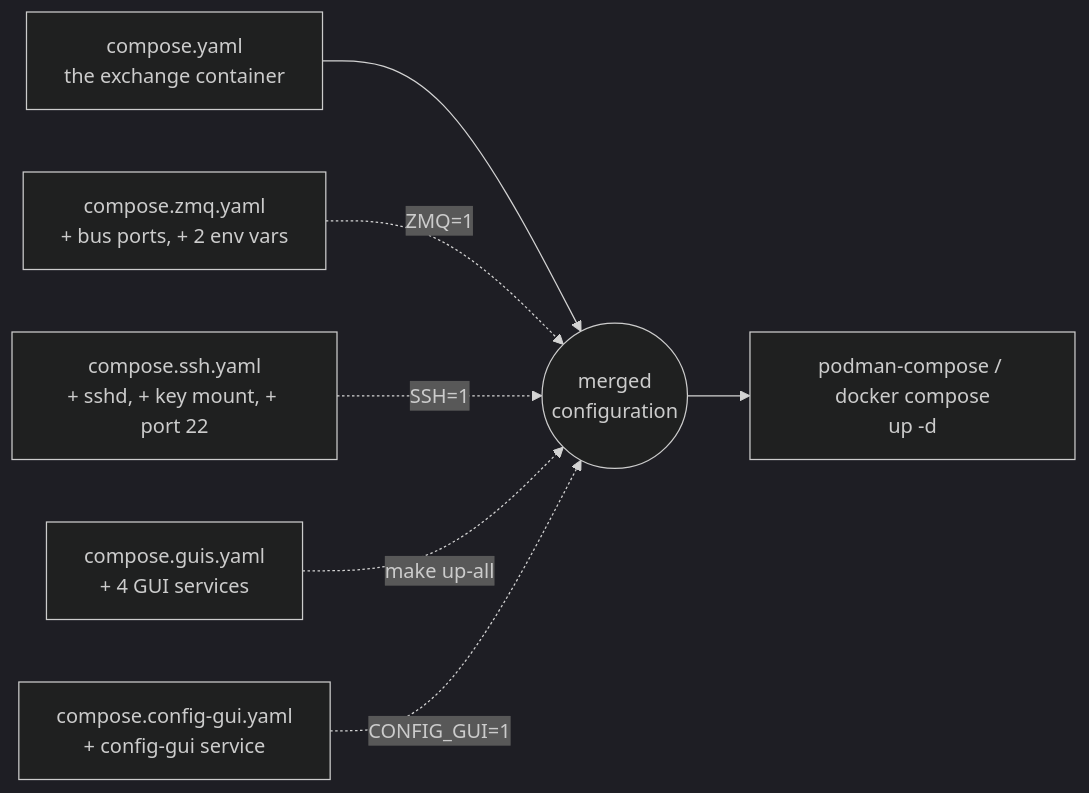
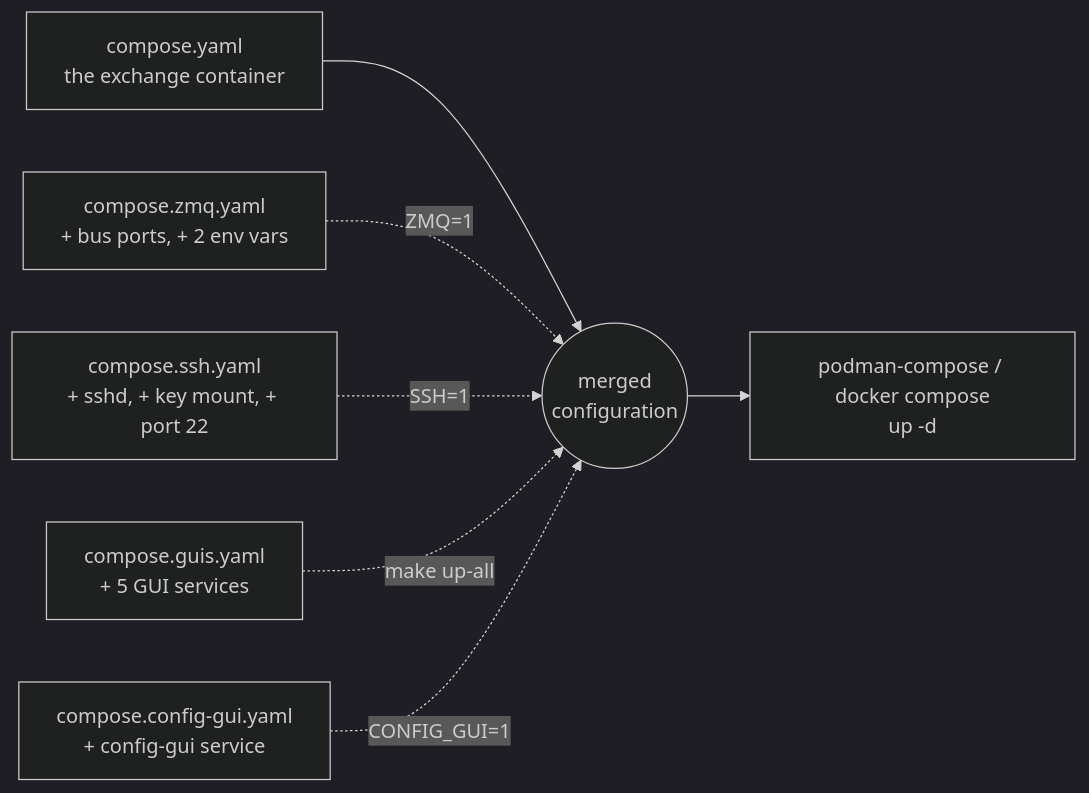
One commit to johan162/EduMatcher changed the eighth of 16 diagrams in docs/books/operator-guide/part-1-install-and-deploy/030-container-deployment-walkthrough.md. Above: the diagram before and after it, drawn with Mermaid (dark theme). The commit also changed other lines of this file and 428 other files, not shown here.

Commit message:
Added exchange health monitor pm-monitor. New operator exchange status GUI Dashboard pm-dash. Also improved all Web-application documentations with screenshots.

````diff
--- a/docs/books/operator-guide/part-1-install-and-deploy/030-container-deployment-walkthrough.md
+++ b/docs/books/operator-guide/part-1-install-and-deploy/030-container-deployment-walkthrough.md
@@ -417,9 +418,9 @@
 ```mermaid
 flowchart LR
     BASE["compose.yaml\nthe exchange container"] --> M(("merged\nconfiguration"))
     ZMQ["compose.zmq.yaml\n+ bus ports, + 2 env vars"] -.->|"ZMQ=1"| M
     SSH["compose.ssh.yaml\n+ sshd, + key mount, + port 22"] -.->|"SSH=1"| M
-    GUIS["compose.guis.yaml\n+ 4 GUI services"] -.->|"make up-all"| M
+    GUIS["compose.guis.yaml\n+ 5 GUI services"] -.->|"make up-all"| M
     CFG["compose.config-gui.yaml\n+ config-gui service"] -.->|"CONFIG_GUI=1"| M
     M --> RUN["podman-compose / docker compose\nup -d"]
 ```
````
